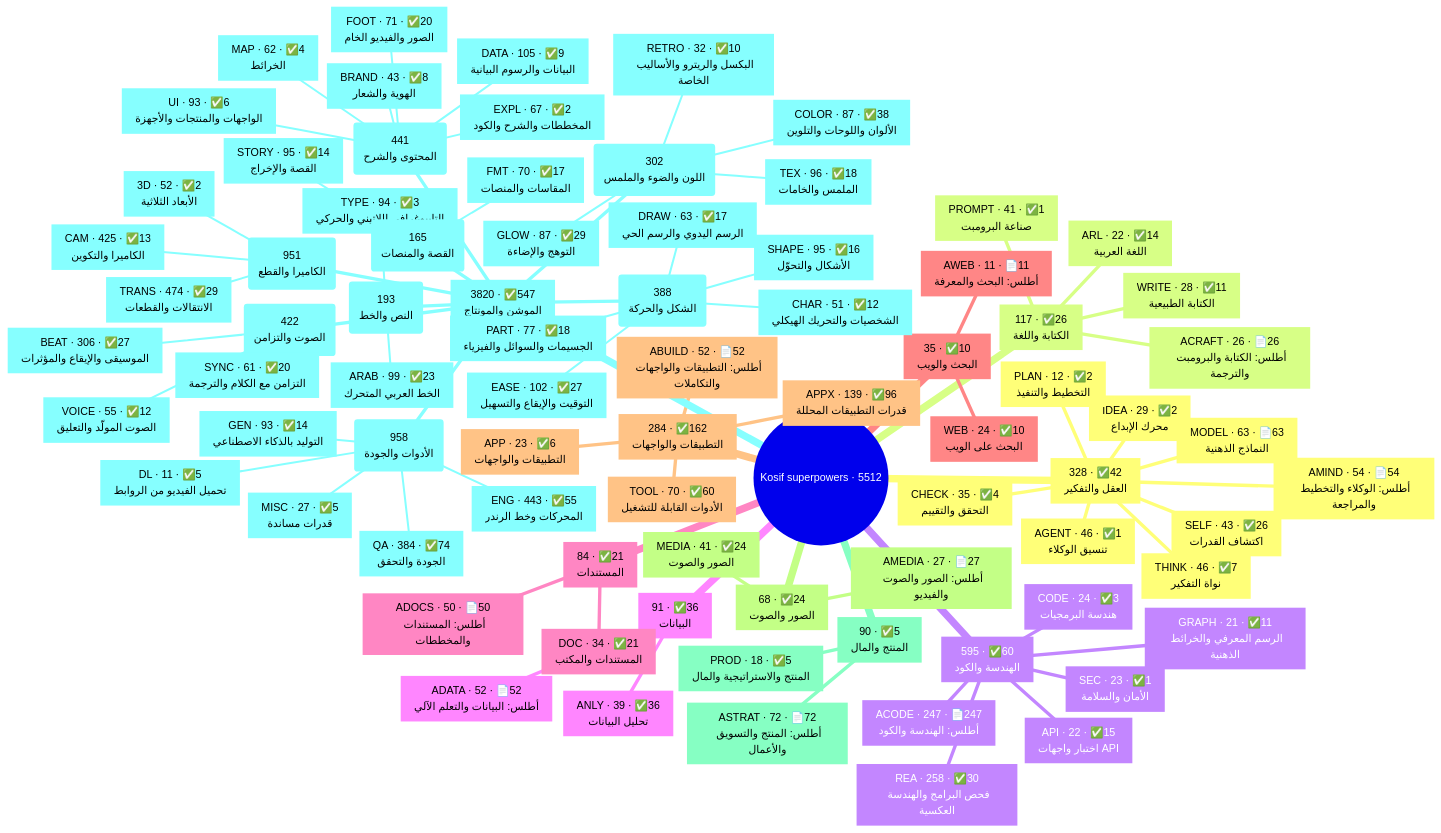
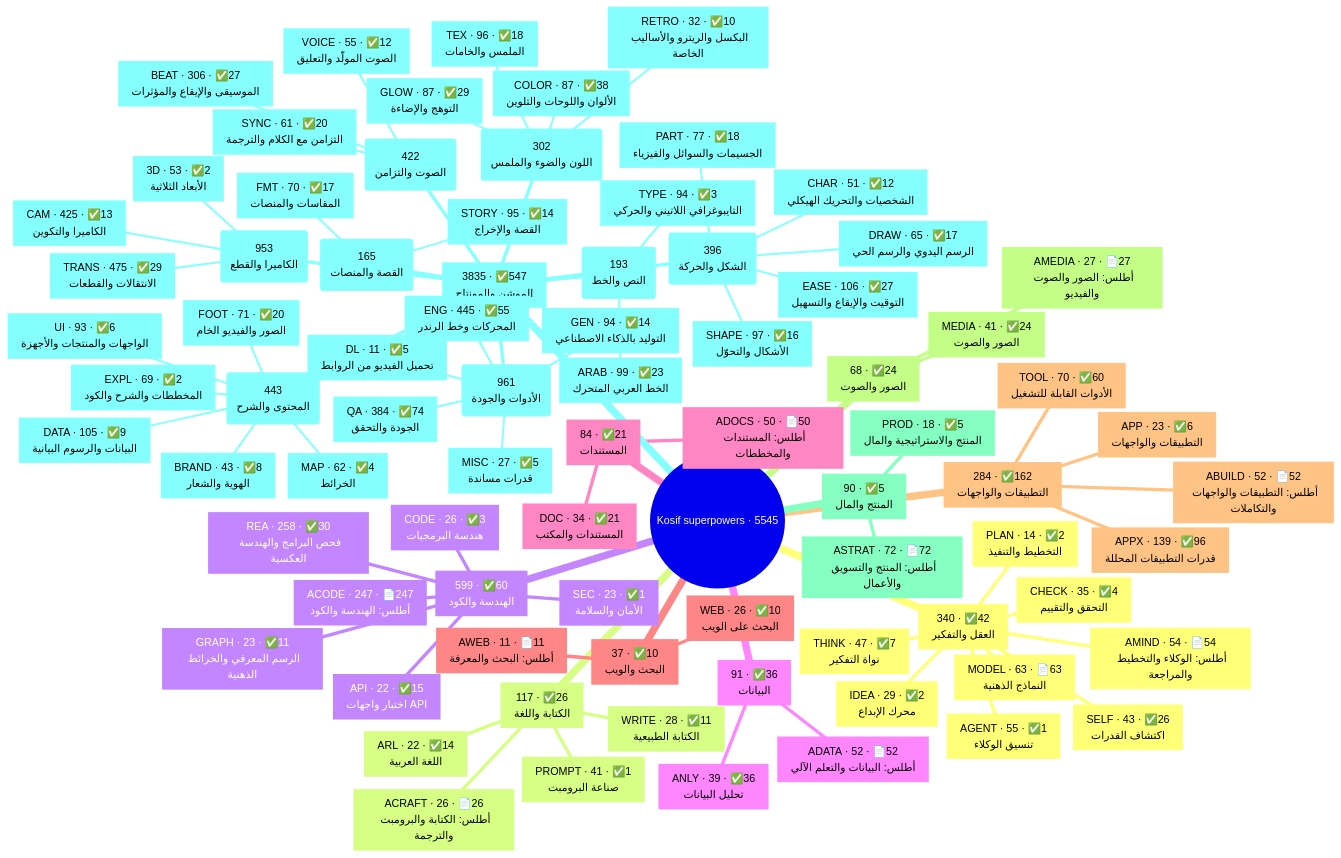
One commit to kosif199022-jpg/kosif-tool changed the first of 2 diagrams in .claude/skills/kosif-superpowers/references/capability-map.md. Above: the diagram before and after it, drawn with Mermaid. The commit also changed other lines of this file and 35 other files, not shown here.

````diff
--- a/.claude/skills/kosif-superpowers/references/capability-map.md
+++ b/.claude/skills/kosif-superpowers/references/capability-map.md
@@ -18,15 +18,15 @@
 ```mermaid
 mindmap
-  root((Kosif superpowers · 5512))
-    n1["`328 · ✅42
+  root((Kosif superpowers · 5545))
+    n1["`340 · ✅42
 العقل والتفكير`"]
       n2["`MODEL · 63 · 📄63
 النماذج الذهنية`"]
-      n3["`AMIND · 54 · 📄54
+      n3["`AGENT · 55 · ✅1
+تنسيق الوكلاء`"]
+      n4["`AMIND · 54 · 📄54
 أطلس: الوكلاء والتخطيط والمراجعة`"]
-      n4["`AGENT · 46 · ✅1
-تنسيق الوكلاء`"]
-      n5["`THINK · 46 · ✅7
+      n5["`THINK · 47 · ✅7
 نواة التفكير`"]
       n6["`SELF · 43 · ✅26
 اكتشاف القدرات`"]
@@ -34,7 +34,7 @@
 التحقق والتقييم`"]
       n8["`IDEA · 29 · ✅2
 محرك الإبداع`"]
-      n9["`PLAN · 12 · ✅2
+      n9["`PLAN · 14 · ✅2
 التخطيط والتنفيذ`"]
     n10["`117 · ✅26
 الكتابة واللغة`"]
@@ -46,20 +46,20 @@
 أطلس: الكتابة والبرومبت والترجمة`"]
       n14["`ARL · 22 · ✅14
 اللغة العربية`"]
-    n15["`595 · ✅60
+    n15["`599 · ✅60
 الهندسة والكود`"]
       n16["`REA · 258 · ✅30
 فحص البرامج والهندسة العكسية`"]
       n17["`ACODE · 247 · 📄247
 أطلس: الهندسة والكود`"]
-      n18["`CODE · 24 · ✅3
+      n18["`CODE · 26 · ✅3
 هندسة البرمجيات`"]
-      n19["`SEC · 23 · ✅1
+      n19["`GRAPH · 23 · ✅11
+الرسم المعرفي والخرائط الذهنية`"]
+      n20["`SEC · 23 · ✅1
 الأمان والسلامة`"]
-      n20["`API · 22 · ✅15
+      n21["`API · 22 · ✅15
 اختبار واجهات API`"]
-      n21["`GRAPH · 21 · ✅11
-الرسم المعرفي والخرائط الذهنية`"]
     n22["`91 · ✅36
 البيانات`"]
       n23["`ADATA · 52 · 📄52
@@ -72,9 +72,9 @@
 أطلس: المستندات والمخططات`"]
       n27["`DOC · 34 · ✅21
 المستندات والمكتب`"]
-    n28["`35 · ✅10
+    n28["`37 · ✅10
 البحث والويب`"]
-      n29["`WEB · 24 · ✅10
+      n29["`WEB · 26 · ✅10
 البحث على الويب`"]
       n30["`AWEB · 11 · 📄11
 أطلس: البحث والمعرفة`"]
@@ -100,7 +100,7 @@
 أطلس: المنتج والتسويق والأعمال`"]
       n41["`PROD · 18 · ✅5
 المنتج والاستراتيجية والمال`"]
-    n42["`3820 · ✅547
+    n42["`3835 · ✅547
 الموشن والمونتاج`"]
       n43("`193
 النص والخط`")
@@ -118,25 +118,25 @@
 التوهج والإضاءة`"]
         n50["`RETRO · 32 · ✅10
 البكسل والريترو والأساليب الخاصة`"]
-      n51("`388
+      n51("`396
 الشكل والحركة`")
-        n52["`EASE · 102 · ✅27
+        n52["`EASE · 106 · ✅27
 التوقيت والإيقاع والتسهيل`"]
-        n53["`SHAPE · 95 · ✅16
+        n53["`SHAPE · 97 · ✅16
 الأشكال والتحوّل`"]
         n54["`PART · 77 · ✅18
 الجسيمات والسوائل والفيزياء`"]
-        n55["`DRAW · 63 · ✅17
+        n55["`DRAW · 65 · ✅17
 الرسم اليدوي والرسم الحي`"]
         n56["`CHAR · 51 · ✅12
 الشخصيات والتحريك الهيكلي`"]
-      n57("`951
+      n57("`953
 الكاميرا والقطع`")
-        n58["`TRANS · 474 · ✅29
+        n58["`TRANS · 475 · ✅29
 الانتقالات والقطعات`"]
         n59["`CAM · 425 · ✅13
 الكاميرا والتكوين`"]
-        n60["`3D · 52 · ✅2
+        n60["`3D · 53 · ✅2
 الأبعاد الثلاثية`"]
       n61("`422
 الصوت والتزامن`")
@@ -146,7 +146,7 @@
 التزامن مع الكلام والترجمة`"]
         n64["`VOICE · 55 · ✅12
 الصوت المولّد والتعليق`"]
-      n65("`441
+      n65("`443
 المحتوى والشرح`")
         n66["`DATA · 105 · ✅9
 البيانات والرسوم البيانية`"]
@@ -154,7 +154,7 @@
 الواجهات والمنتجات والأجهزة`"]
         n68["`FOOT · 71 · ✅20
 الصور والفيديو الخام`"]
-        n69["`EXPL · 67 · ✅2
+        n69["`EXPL · 69 · ✅2
 المخططات والشرح والكود`"]
         n70["`MAP · 62 · ✅4
 الخرائط`"]
@@ -166,13 +166,13 @@
 القصة والإخراج`"]
         n74["`FMT · 70 · ✅17
 المقاسات والمنصات`"]
-      n75("`958
+      n75("`961
 الأدوات والجودة`")
-        n76["`ENG · 443 · ✅55
+        n76["`ENG · 445 · ✅55
 المحركات وخط الرندر`"]
         n77["`QA · 384 · ✅74
 الجودة والتحقق`"]
-        n78["`GEN · 93 · ✅14
+        n78["`GEN · 94 · ✅14
 التوليد بالذكاء الاصطناعي`"]
         n79["`MISC · 27 · ✅5
 قدرات مساندة`"]
````
